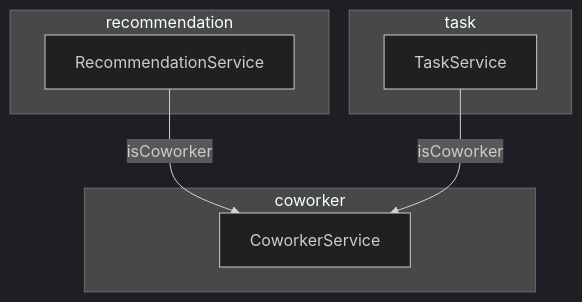
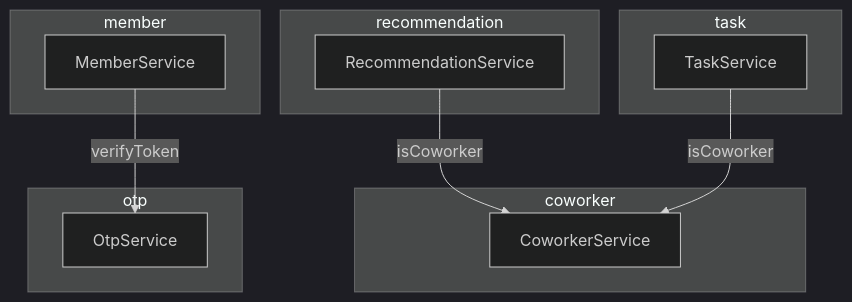
One commit to mortonCareer/bconnect changed the sixth of 6 diagrams in apps/api/docs/project-structure.md. Above: the diagram before and after it, drawn with Mermaid (dark theme). The commit also changed other lines of this file and 1 other file, not shown here.

````diff
--- a/apps/api/docs/project-structure.md
+++ b/apps/api/docs/project-structure.md
@@ -168,14 +161,21 @@
 ```mermaid
 graph TD
   subgraph recommendation
     RecS[RecommendationService]
   end
   subgraph coworker
     CowS[CoworkerService]
   end
   subgraph task
     TaskS[TaskService]
   end
+  subgraph member
+    MemS[MemberService]
+  end
+  subgraph otp
+    OtpS[OtpService]
+  end
   RecS -->|isCoworker| CowS
   TaskS -->|isCoworker| CowS
+  MemS -->|verifyToken| OtpS
 ```
````
